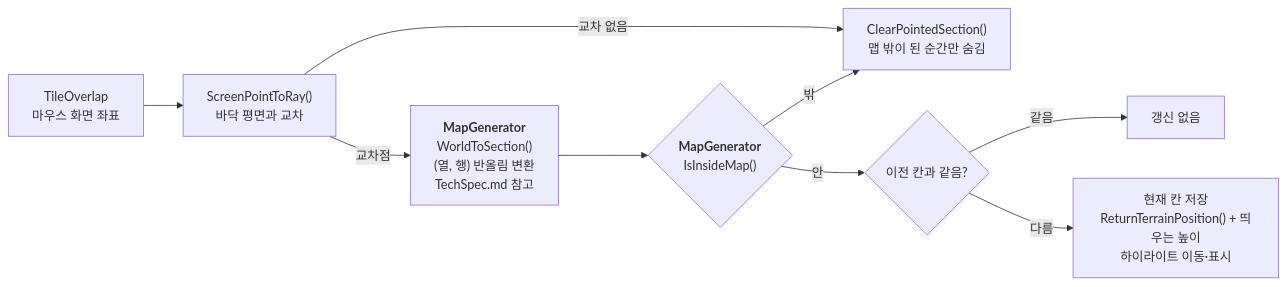
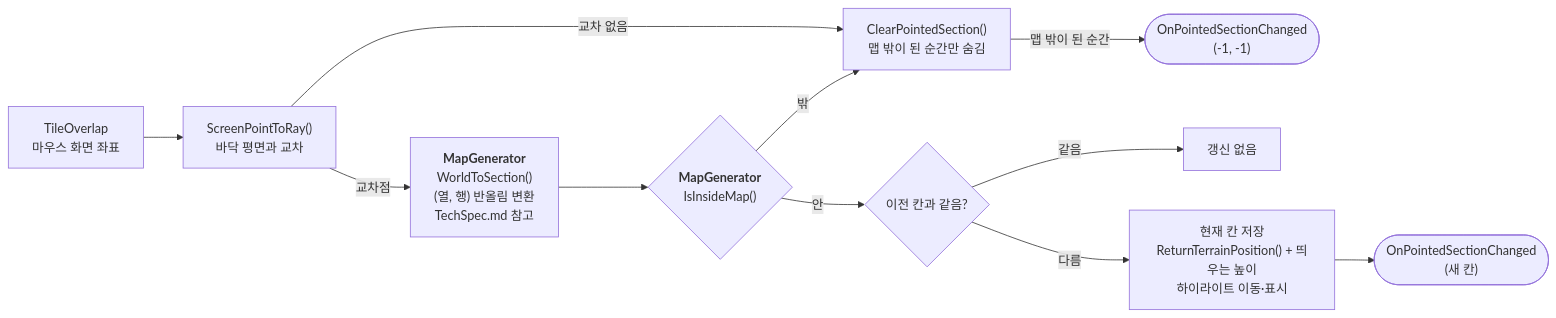
Before and after one commit to jayy5288sk/PersonalProject: the eighth of 31 diagrams in Docs/ImplementDocs/Diagram.md, drawn with Mermaid. The commit also changed other lines of this file and 23 other files, not shown here.

````diff
--- a/Docs/ImplementDocs/Diagram.md
+++ b/Docs/ImplementDocs/Diagram.md
@@ -167,11 +167,13 @@
 ```mermaid
 flowchart LR
     A["TileOverlap<br/>마우스 화면 좌표"] --> B["ScreenPointToRay()<br/>바닥 평면과 교차"]
     B -->|교차 없음| H["ClearPointedSection()<br/>맵 밖이 된 순간만 숨김"]
     B -->|교차점| C["<b>MapGenerator</b><br/>WorldToSection()<br/>(열, 행) 반올림 변환<br/>TechSpec.md 참고"]
     C --> D{"<b>MapGenerator</b><br/>IsInsideMap()"}
     D -->|밖| H
     D -->|안| E{"이전 칸과 같음?"}
     E -->|같음| F["갱신 없음"]
     E -->|다름| G["현재 칸 저장<br/>ReturnTerrainPosition() + 띄우는 높이<br/>하이라이트 이동·표시"]
+    G --> Evt(["OnPointedSectionChanged<br/>(새 칸)"])
+    H -->|맵 밖이 된 순간| Evt2(["OnPointedSectionChanged<br/>(-1, -1)"])
 ```
````
